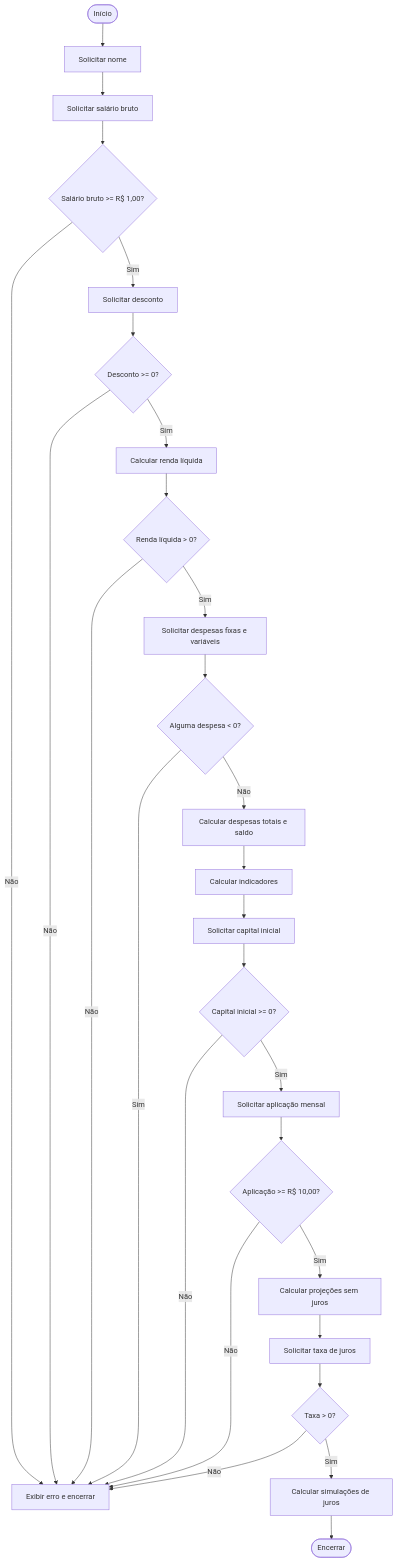
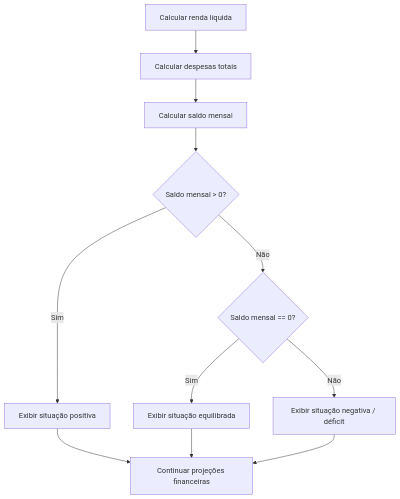
One commit to Rafael-Silva-1/projeto01-Sistema-Financeiro changed the diagram in docs/03-fluxograma.md. Above: the diagram before and after it, drawn with Mermaid. The commit also changed other lines of this file and 6 other files, not shown here.

````diff
--- a/docs/03-fluxograma.md
+++ b/docs/03-fluxograma.md
@@ -5,30 +5,13 @@
 ```mermaid
 flowchart TD
-    A([Início]) --> B[Solicitar nome]
-    B --> C[Solicitar salário bruto]
-    C --> D{Salário bruto >= R$ 1,00?}
-    D -- Não --> X[Exibir erro e encerrar]
-    D -- Sim --> E[Solicitar desconto]
-    E --> F{Desconto >= 0?}
-    F -- Não --> X
-    F -- Sim --> G[Calcular renda líquida]
-    G --> H{Renda líquida > 0?}
-    H -- Não --> X
-    H -- Sim --> I[Solicitar despesas fixas e variáveis]
-    I --> J{Alguma despesa < 0?}
-    J -- Sim --> X
-    J -- Não --> K[Calcular despesas totais e saldo]
-    K --> L[Calcular indicadores]
-    L --> M[Solicitar capital inicial]
-    M --> N{Capital inicial >= 0?}
-    N -- Não --> X
-    N -- Sim --> O[Solicitar aplicação mensal]
-    O --> P{Aplicação >= R$ 10,00?}
-    P -- Não --> X
-    P -- Sim --> Q[Calcular projeções sem juros]
-    Q --> R[Solicitar taxa de juros]
-    R --> S{Taxa > 0?}
-    S -- Não --> X
-    S -- Sim --> T[Calcular simulações de juros]
-    T --> U([Encerrar])
+    A[Calcular renda líquida] --> B[Calcular despesas totais]
+    B --> C[Calcular saldo mensal]
+    C --> D{Saldo mensal > 0?}
+    D -- Sim --> E[Exibir situação positiva]
+    D -- Não --> F{Saldo mensal == 0?}
+    F -- Sim --> G[Exibir situação equilibrada]
+    F -- Não --> H[Exibir situação negativa / déficit]
+    E --> I[Continuar projeções financeiras]
+    G --> I
+    H --> I
 ```
````
